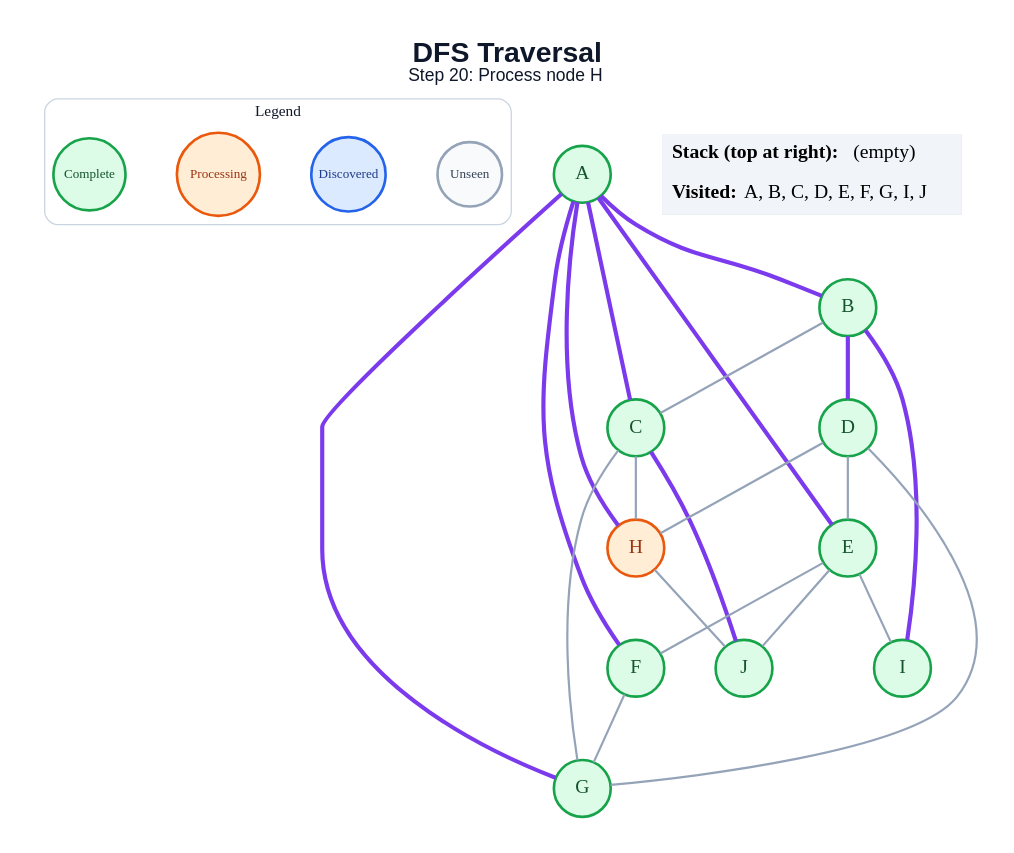
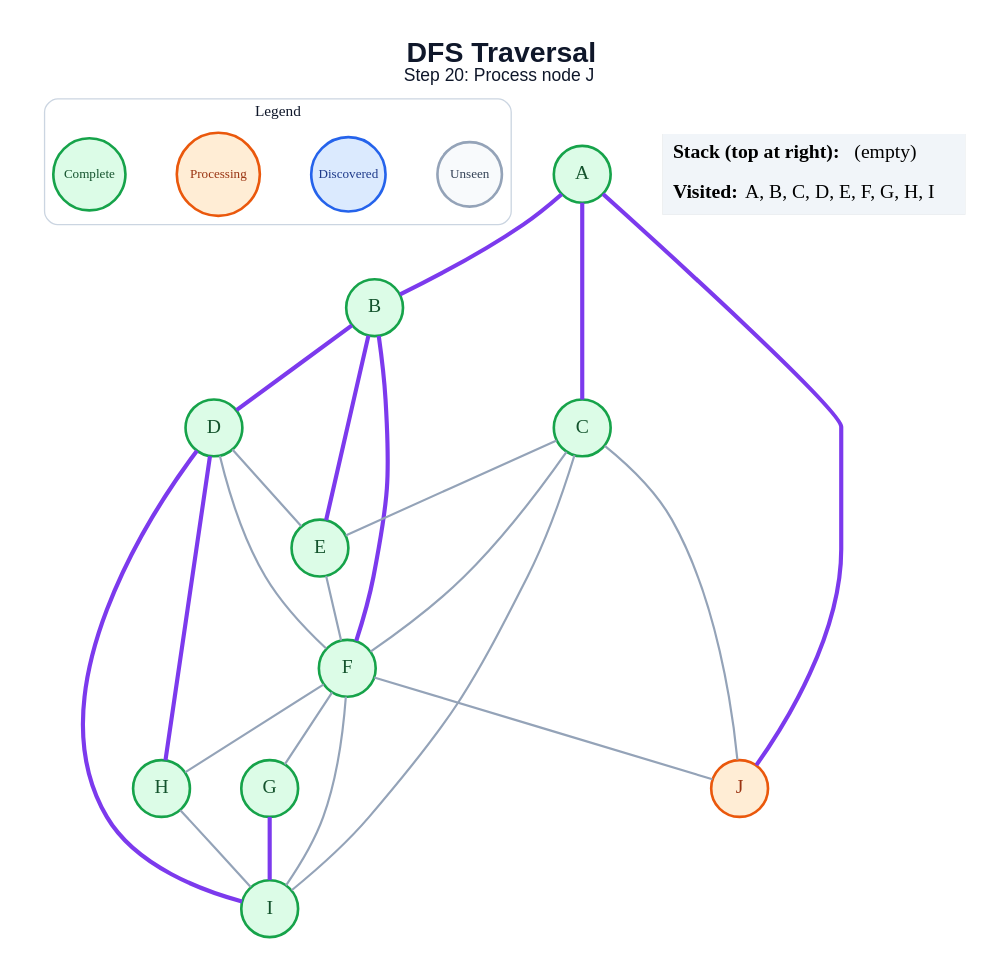
One commit to amanghodawala9/ai-slop changed the diagram in generated/dfs/step_20.dot. Above: the diagram before and after it, drawn with Graphviz. The commit also changed 178 other files, not shown here.

```diff
--- a/generated/dfs/step_20.dot
+++ b/generated/dfs/step_20.dot
@@ -1,49 +1,50 @@
 graph traversal {
   graph [layout=dot, rankdir=TB, bgcolor="#FFFFFF", pad="0.35", nodesep="0.65", ranksep="0.8", fontname="Arial"];
   node [shape=circle, style="filled", fontname="Arial Bold", fontsize=18, width=0.72, fixedsize=true, penwidth=2.4];
   edge [color="#94A3B8", penwidth=2.0];
-  label=<<B>DFS Traversal</B><BR/><FONT POINT-SIZE="16">Step 20: Process node H</FONT>>; labelloc="t"; fontsize=26; fontname="Arial"; fontcolor="#0F172A";
+  label=<<B>DFS Traversal</B><BR/><FONT POINT-SIZE="16">Step 20: Process node J</FONT>>; labelloc="t"; fontsize=26; fontname="Arial"; fontcolor="#0F172A";
   subgraph cluster_legend { label="Legend"; color="#CBD5E1"; penwidth=1.2; style="rounded"; fontsize=14; fontname="Arial Bold";
     key_unseen [label="Unseen", fillcolor="#F8FAFC", color="#94A3B8", fontcolor="#334155", fontsize=12, width=0.82];
     key_frontier [label="Discovered", fillcolor="#DBEAFE", color="#2563EB", fontcolor="#1E3A8A", fontsize=12, width=0.95];
     key_current [label="Processing", fillcolor="#FFEDD5", color="#EA580C", fontcolor="#9A3412", fontsize=12, width=1.05];
     key_done [label="Complete", fillcolor="#DCFCE7", color="#16A34A", fontcolor="#14532D", fontsize=12, width=0.92];
     { rank=same; key_unseen; key_frontier; key_current; key_done; }
   }
   A [fillcolor="#DCFCE7", color="#16A34A", fontcolor="#14532D"];
   B [fillcolor="#DCFCE7", color="#16A34A", fontcolor="#14532D"];
   C [fillcolor="#DCFCE7", color="#16A34A", fontcolor="#14532D"];
   D [fillcolor="#DCFCE7", color="#16A34A", fontcolor="#14532D"];
   E [fillcolor="#DCFCE7", color="#16A34A", fontcolor="#14532D"];
   F [fillcolor="#DCFCE7", color="#16A34A", fontcolor="#14532D"];
   G [fillcolor="#DCFCE7", color="#16A34A", fontcolor="#14532D"];
-  H [fillcolor="#FFEDD5", color="#EA580C", fontcolor="#9A3412"];
+  H [fillcolor="#DCFCE7", color="#16A34A", fontcolor="#14532D"];
   I [fillcolor="#DCFCE7", color="#16A34A", fontcolor="#14532D"];
-  J [fillcolor="#DCFCE7", color="#16A34A", fontcolor="#14532D"];
+  J [fillcolor="#FFEDD5", color="#EA580C", fontcolor="#9A3412"];
   A -- B [color="#7C3AED", penwidth=3.8];
   A -- C [color="#7C3AED", penwidth=3.8];
-  A -- E [color="#7C3AED", penwidth=3.8];
-  A -- F [color="#7C3AED", penwidth=3.8];
-  A -- G [color="#7C3AED", penwidth=3.8];
-  A -- H [color="#7C3AED", penwidth=3.8];
-  B -- C;
+  A -- J [color="#7C3AED", penwidth=3.8];
   B -- D [color="#7C3AED", penwidth=3.8];
-  B -- I [color="#7C3AED", penwidth=3.8];
-  C -- G;
-  C -- H;
-  C -- J [color="#7C3AED", penwidth=3.8];
+  B -- E [color="#7C3AED", penwidth=3.8];
+  B -- F [color="#7C3AED", penwidth=3.8];
+  C -- E;
+  C -- F;
+  C -- I;
+  C -- J;
   D -- E;
-  D -- G;
-  D -- H;
+  D -- F;
+  D -- H [color="#7C3AED", penwidth=3.8];
+  D -- I [color="#7C3AED", penwidth=3.8];
   E -- F;
-  E -- I;
-  E -- J;
   F -- G;
-  H -- J;
+  F -- H;
+  F -- I;
+  F -- J;
+  G -- I [color="#7C3AED", penwidth=3.8];
+  H -- I;
   status [shape=plain, fixedsize=false, width=0, height=0, margin=0, label=<
     <TABLE BORDER="0" CELLBORDER="0" CELLPADDING="7" BGCOLOR="#F1F5F9">
       <TR><TD ALIGN="LEFT"><B>Stack (top at right):</B> (empty)</TD></TR>
-      <TR><TD ALIGN="LEFT"><B>Visited:</B> A, B, C, D, E, F, G, I, J</TD></TR>
+      <TR><TD ALIGN="LEFT"><B>Visited:</B> A, B, C, D, E, F, G, H, I</TD></TR>
     </TABLE>
   >];
 }
```
